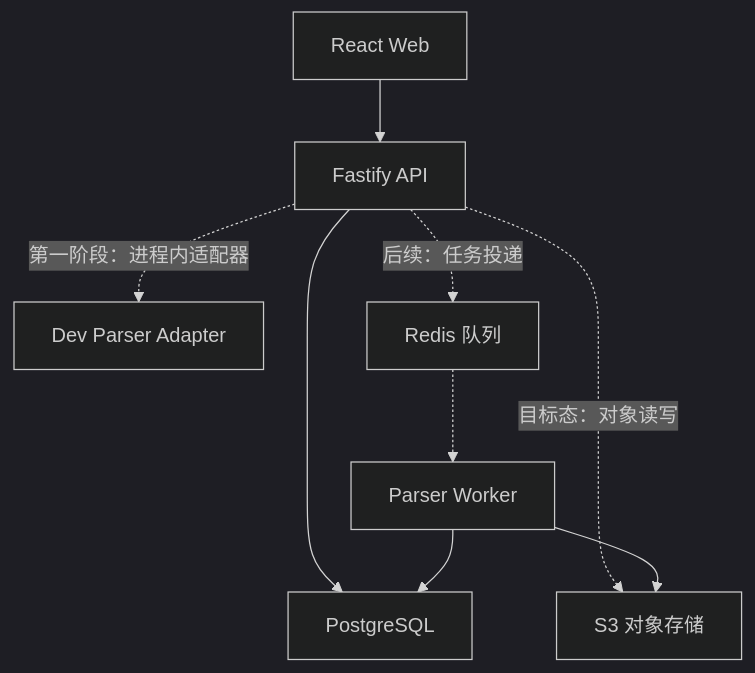
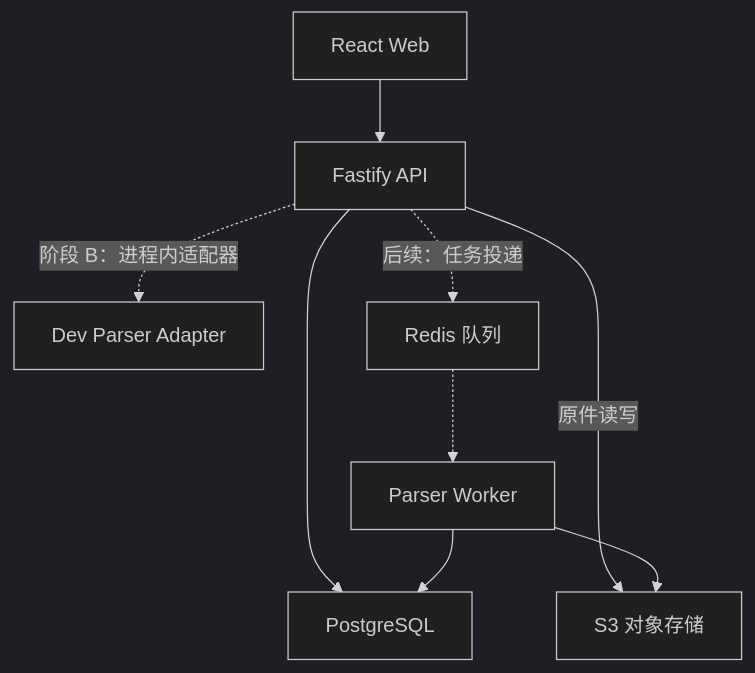
The first of 2 diagrams in docs/MVP_TECHNICAL_DESIGN.md (JustinQP/AiBidV3), drawn with Mermaid (dark theme) before and after one commit. The commit also changed other lines of this file and 30 other files, not shown here.

````diff
--- a/docs/MVP_TECHNICAL_DESIGN.md
+++ b/docs/MVP_TECHNICAL_DESIGN.md
@@ -66,11 +67,11 @@
 ```mermaid
 flowchart TD
     UI["React Web"] --> API["Fastify API"]
     API --> PG["PostgreSQL"]
-    API -. "目标态：对象读写" .-> S3["S3 对象存储"]
-    API -. "第一阶段：进程内适配器" .-> DEV["Dev Parser Adapter"]
+    API -->|"原件读写"| S3["S3 对象存储"]
+    API -. "阶段 B：进程内适配器" .-> DEV["Dev Parser Adapter"]
     API -. "后续：任务投递" .-> REDIS["Redis 队列"]
     REDIS -.-> WORKER["Parser Worker"]
     WORKER --> PG
     WORKER --> S3
 ```
````
